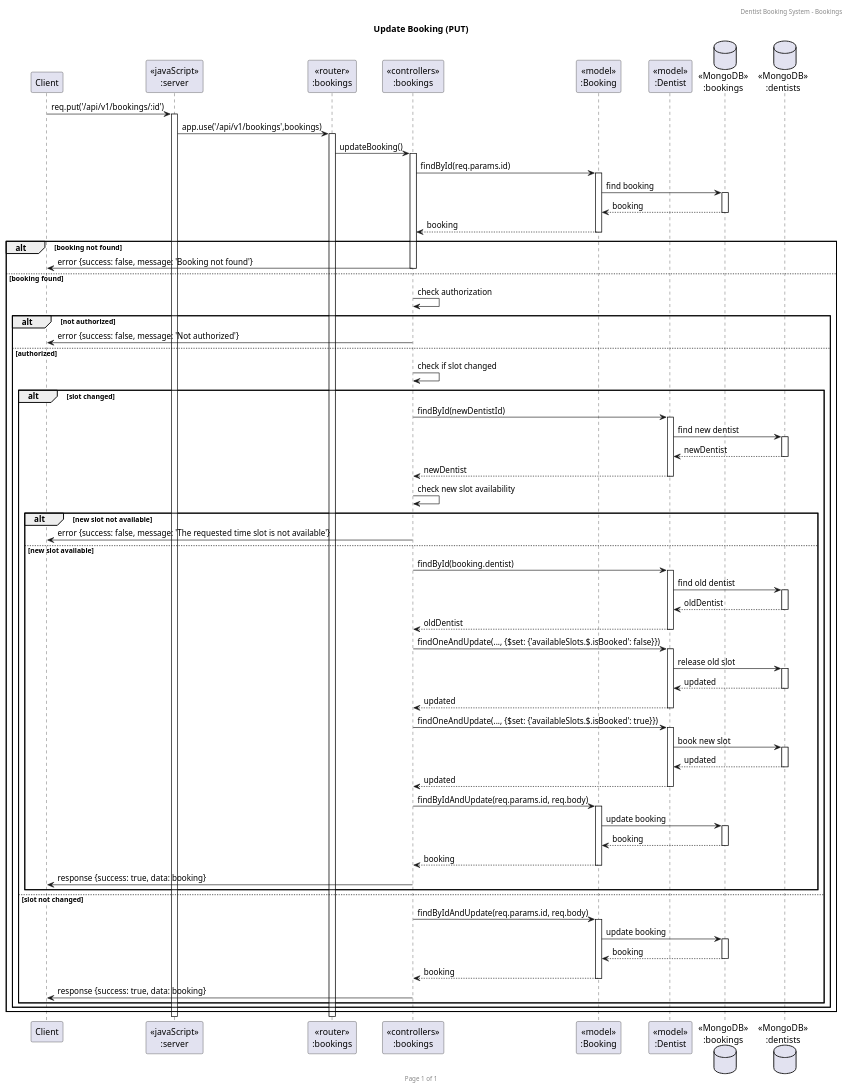
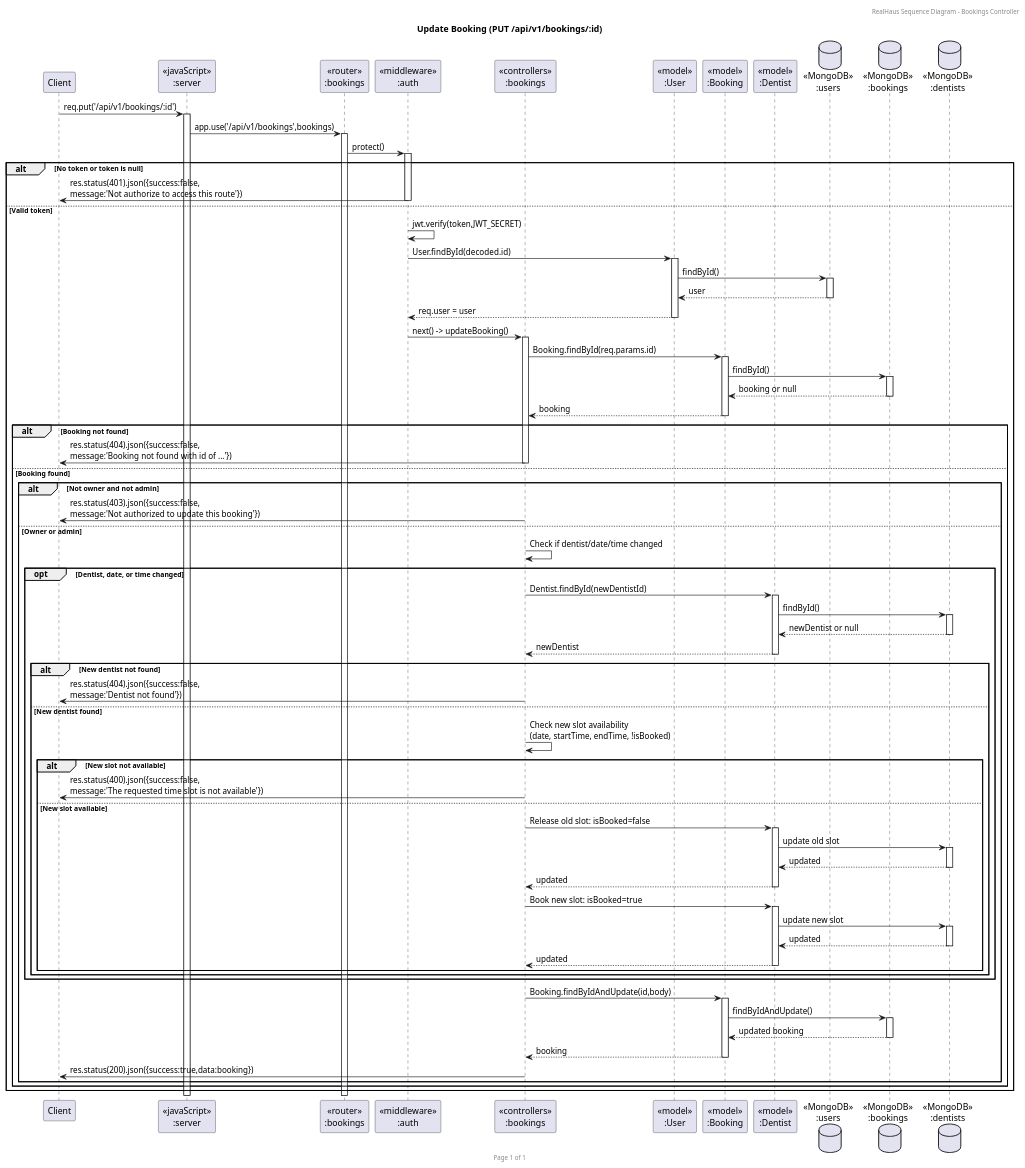
The diagram in sequence-diagram/bookings/updateBooking.puml (2110503-CEDT68/se-project-be-68-2-haus89), drawn with PlantUML before and after one commit. The commit also changed 31 other files, not shown here.

Commit message:
fix: update User scheme, controllers, routes and sequence-diagram

```diff
--- a/sequence-diagram/bookings/updateBooking.puml
+++ b/sequence-diagram/bookings/updateBooking.puml
@@ -1,75 +1,83 @@
 @startuml Update Booking (PUT)
 
-header Dentist Booking System - Bookings
+header RealHaus Sequence Diagram - Bookings Controller
 footer Page %page% of %lastpage%
-title "Update Booking (PUT)"
+title "Update Booking (PUT /api/v1/bookings/:id)"
 
 participant "Client" as client
 participant "<<javaScript>>\n:server" as server
 participant "<<router>>\n:bookings" as routerBookings
+participant "<<middleware>>\n:auth" as middlewareAuth
 participant "<<controllers>>\n:bookings" as controllersBookings
+participant "<<model>>\n:User" as modelUser
 participant "<<model>>\n:Booking" as modelBooking
 participant "<<model>>\n:Dentist" as modelDentist
-database "<<MongoDB>>\n:bookings" as BookingsDatabase
-database "<<MongoDB>>\n:dentists" as DentistsDatabase
+database "<<MongoDB>>\n:users" as UsersDB
+database "<<MongoDB>>\n:bookings" as BookingsDB
+database "<<MongoDB>>\n:dentists" as DentistsDB
 
 client->server ++:req.put('/api/v1/bookings/:id')
 server->routerBookings ++:app.use('/api/v1/bookings',bookings)
-routerBookings -> controllersBookings ++:updateBooking()
-controllersBookings->modelBooking ++:findById(req.params.id)
-modelBooking ->BookingsDatabase ++: find booking
-BookingsDatabase --> modelBooking --: booking
-controllersBookings <-- modelBooking --:booking
+routerBookings -> middlewareAuth ++:protect()
 
-alt booking not found
-    controllersBookings->client --:error {success: false, message: 'Booking not found'}
-else booking found
-    controllersBookings->controllersBookings:check authorization
-    alt not authorized
-        controllersBookings->client --:error {success: false, message: 'Not authorized'}
-    else authorized
-        controllersBookings->controllersBookings:check if slot changed
-        alt slot changed
-            controllersBookings->modelDentist ++:findById(newDentistId)
-            modelDentist ->DentistsDatabase ++: find new dentist
-            DentistsDatabase --> modelDentist --: newDentist
-            controllersBookings <-- modelDentist --:newDentist
-            
-            controllersBookings->controllersBookings:check new slot availability
-            alt new slot not available
-                controllersBookings->client --:error {success: false, message: 'The requested time slot is not available'}
-            else new slot available
-                controllersBookings->modelDentist ++:findById(booking.dentist)
-                modelDentist ->DentistsDatabase ++: find old dentist
-                DentistsDatabase --> modelDentist --: oldDentist
-                controllersBookings <-- modelDentist --:oldDentist
-                
-                controllersBookings->modelDentist ++:findOneAndUpdate(..., {$set: {'availableSlots.$.isBooked': false}})
-                modelDentist ->DentistsDatabase ++: release old slot
-                DentistsDatabase --> modelDentist --: updated
-                controllersBookings <-- modelDentist --:updated
-                
-                controllersBookings->modelDentist ++:findOneAndUpdate(..., {$set: {'availableSlots.$.isBooked': true}})
-                modelDentist ->DentistsDatabase ++: book new slot
-                DentistsDatabase --> modelDentist --: updated
-                controllersBookings <-- modelDentist --:updated
-                
-                controllersBookings->modelBooking ++:findByIdAndUpdate(req.params.id, req.body)
-                modelBooking ->BookingsDatabase ++: update booking
-                BookingsDatabase --> modelBooking --: booking
-                controllersBookings <-- modelBooking --:booking
-                
-                controllersBookings->client --:response {success: true, data: booking}
+alt No token or token is null
+    middlewareAuth->client --:res.status(401).json({success:false,\nmessage:'Not authorize to access this route'})
+else Valid token
+    middlewareAuth->middlewareAuth :jwt.verify(token,JWT_SECRET)
+    middlewareAuth->modelUser ++:User.findById(decoded.id)
+    modelUser->UsersDB ++: findById()
+    UsersDB-->modelUser --: user
+    middlewareAuth<--modelUser --:req.user = user
+    middlewareAuth -> controllersBookings ++:next() -> updateBooking()
+
+    controllersBookings->modelBooking ++:Booking.findById(req.params.id)
+    modelBooking->BookingsDB ++: findById()
+    BookingsDB-->modelBooking --: booking or null
+    controllersBookings<--modelBooking --:booking
+
+    alt Booking not found
+        controllersBookings->client --:res.status(404).json({success:false,\nmessage:'Booking not found with id of ...'})
+    else Booking found
+        alt Not owner and not admin
+            controllersBookings->client --:res.status(403).json({success:false,\nmessage:'Not authorized to update this booking'})
+        else Owner or admin
+            controllersBookings->controllersBookings :Check if dentist/date/time changed
+
+            opt Dentist, date, or time changed
+                controllersBookings->modelDentist ++:Dentist.findById(newDentistId)
+                modelDentist->DentistsDB ++: findById()
+                DentistsDB-->modelDentist --: newDentist or null
+                controllersBookings<--modelDentist --:newDentist
+
+                alt New dentist not found
+                    controllersBookings->client --:res.status(404).json({success:false,\nmessage:'Dentist not found'})
+                else New dentist found
+                    controllersBookings->controllersBookings :Check new slot availability\n(date, startTime, endTime, !isBooked)
+
+                    alt New slot not available
+                        controllersBookings->client --:res.status(400).json({success:false,\nmessage:'The requested time slot is not available'})
+                    else New slot available
+                        controllersBookings->modelDentist ++:Release old slot: isBooked=false
+                        modelDentist->DentistsDB ++: update old slot
+                        DentistsDB-->modelDentist --: updated
+                        controllersBookings<--modelDentist --:updated
+
+                        controllersBookings->modelDentist ++:Book new slot: isBooked=true
+                        modelDentist->DentistsDB ++: update new slot
+                        DentistsDB-->modelDentist --: updated
+                        controllersBookings<--modelDentist --:updated
+                    end
+                end
             end
-        else slot not changed
-            controllersBookings->modelBooking ++:findByIdAndUpdate(req.params.id, req.body)
-            modelBooking ->BookingsDatabase ++: update booking
-            BookingsDatabase --> modelBooking --: booking
-            controllersBookings <-- modelBooking --:booking
-            
-            controllersBookings->client --:response {success: true, data: booking}
+
+            controllersBookings->modelBooking ++:Booking.findByIdAndUpdate(id,body)
+            modelBooking->BookingsDB ++: findByIdAndUpdate()
+            BookingsDB-->modelBooking --: updated booking
+            controllersBookings<--modelBooking --:booking
+
+            controllersBookings->client --:res.status(200).json({success:true,data:booking})
         end
     end
 end
 
 @enduml
```
